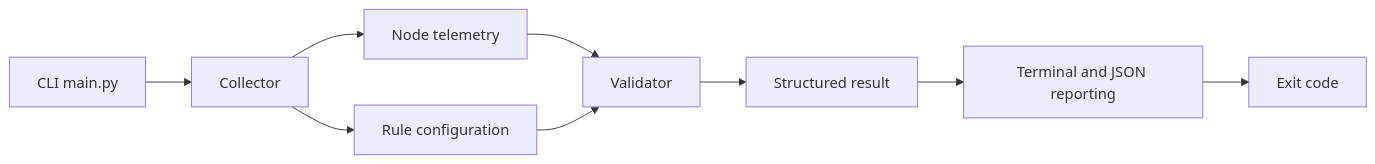
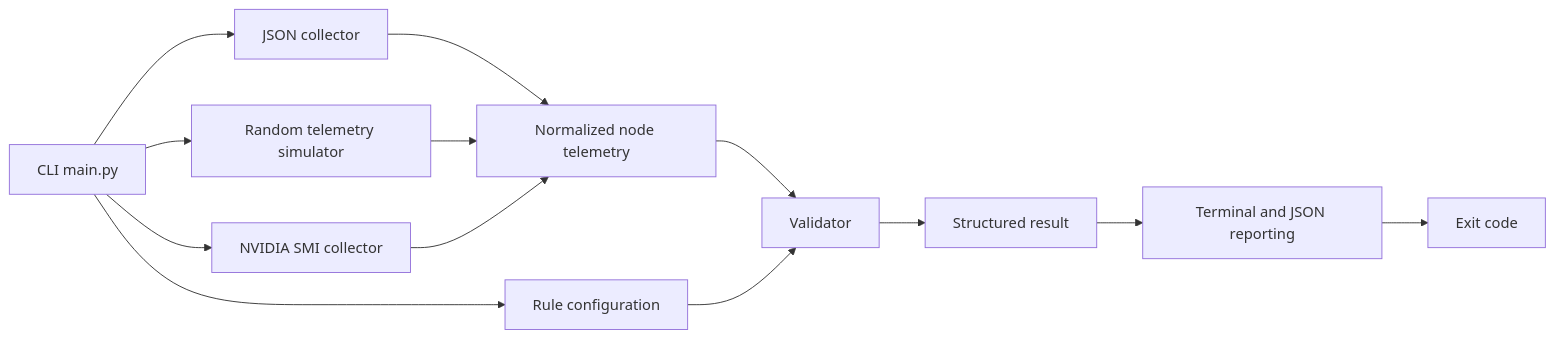
The diagram in README.md (vsun78/gpu-node-validator), drawn with Mermaid before and after one commit. The commit also changed other lines of this file and 12 other files, not shown here.

Commit message:
add live NVIDIA and simulated GPU telemetry

````diff
--- a/README.md
+++ b/README.md
@@ -9,11 +9,15 @@
 ```mermaid
 flowchart LR
-    CLI[CLI main.py] --> Collector[Collector]
-    Collector --> Node[Node telemetry]
-    Collector --> Config[Rule configuration]
+    CLI[CLI main.py] --> JSON[JSON collector]
+    CLI --> Simulation[Random telemetry simulator]
+    CLI --> NVIDIA[NVIDIA SMI collector]
+    JSON --> Node[Normalized node telemetry]
+    Simulation --> Node
+    NVIDIA --> Node
+    CLI --> Config[Rule configuration]
     Node --> Validator[Validator]
     Config --> Validator
     Validator --> Result[Structured result]
     Result --> Reporter[Terminal and JSON reporting]
     Reporter --> Exit[Exit code]
 ```
````
